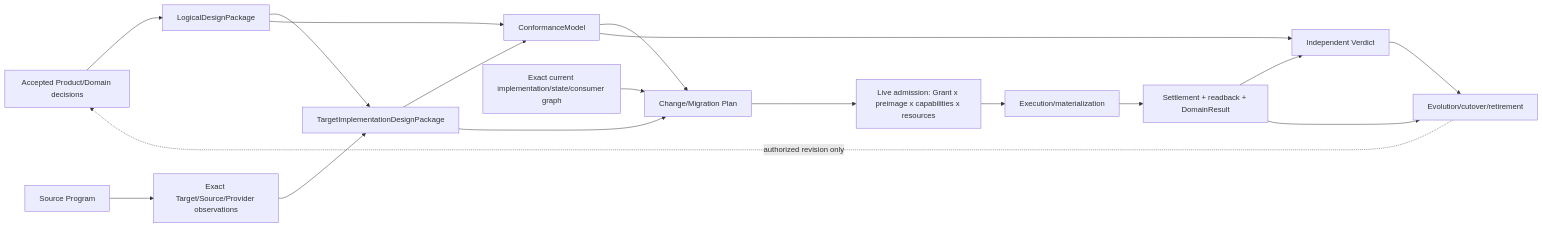
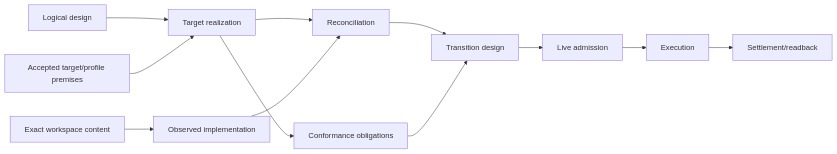
Before and after one commit to sec-platform/sec: the diagram in docs/implementation-architecture.md, drawn with Mermaid. The commit also changed other lines of this file and 37 other files, not shown here.

````diff
--- a/docs/implementation-architecture.md
+++ b/docs/implementation-architecture.md
@@ -17,20 +13,14 @@
 ```mermaid
 flowchart LR
-  PD[Accepted Product/Domain decisions] --> LP[LogicalDesignPackage]
-  LP --> IP[TargetImplementationDesignPackage]
-  OBS[Exact Target/Source/Provider observations] --> IP
-  LP --> CM[ConformanceModel]
-  IP --> CM
-  CUR[Exact current implementation/state/consumer graph] --> MP[Change/Migration Plan]
-  IP --> MP
-  CM --> MP
-  MP --> AD[Live admission: Grant x preimage x capabilities x resources]
-  AD --> EX[Execution/materialization]
-  EX --> SR[Settlement + readback + DomainResult]
-  CM --> VR[Independent Verdict]
-  SR --> VR
-  SR --> EV[Evolution/cutover/retirement]
-  VR --> EV
-  SP[Source Program] --> OBS
-  EV -. authorized revision only .-> PD
+  L[Logical design] --> T[Target realization]
+  P[Accepted target/profile premises] --> T
+  W[Exact workspace content] --> O[Observed implementation]
+  T --> R[Reconciliation]
+  O --> R
+  T --> F[Conformance obligations]
+  R --> M[Transition design]
+  F --> M
+  M --> A[Live admission]
+  A --> X[Execution]
+  X --> S[Settlement/readback]
 ```
````
